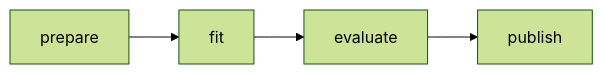
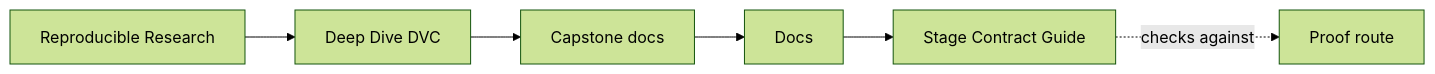
One commit to bijux/bijux-masterclass changed the first of 2 diagrams in programs/reproducible-research/deep-dive-dvc/capstone/docs/stage-contract-guide.md. Above: the diagram before and after it, drawn with Mermaid (forest theme). The commit also changed other lines of this file and 90 other files, not shown here.

Commit message:
docs(deep-dive-dvc): map publication and recovery review surfaces

````diff
--- a/programs/reproducible-research/deep-dive-dvc/capstone/docs/stage-contract-guide.md
+++ b/programs/reproducible-research/deep-dive-dvc/capstone/docs/stage-contract-guide.md
@@ -7,6 +7,12 @@
 ```mermaid
 graph LR
-  prepare["prepare"] --> fit["fit"]
-  fit --> evaluate["evaluate"]
-  evaluate --> publish["publish"]
+  family["Reproducible Research"]
+  program["Deep Dive DVC"]
+  guide["Capstone docs"]
+  section["Docs"]
+  page["Stage Contract Guide"]
+  proof["Proof route"]
+
+  family --> program --> guide --> section --> page
+  page -.checks against.-> proof
 ```
````
